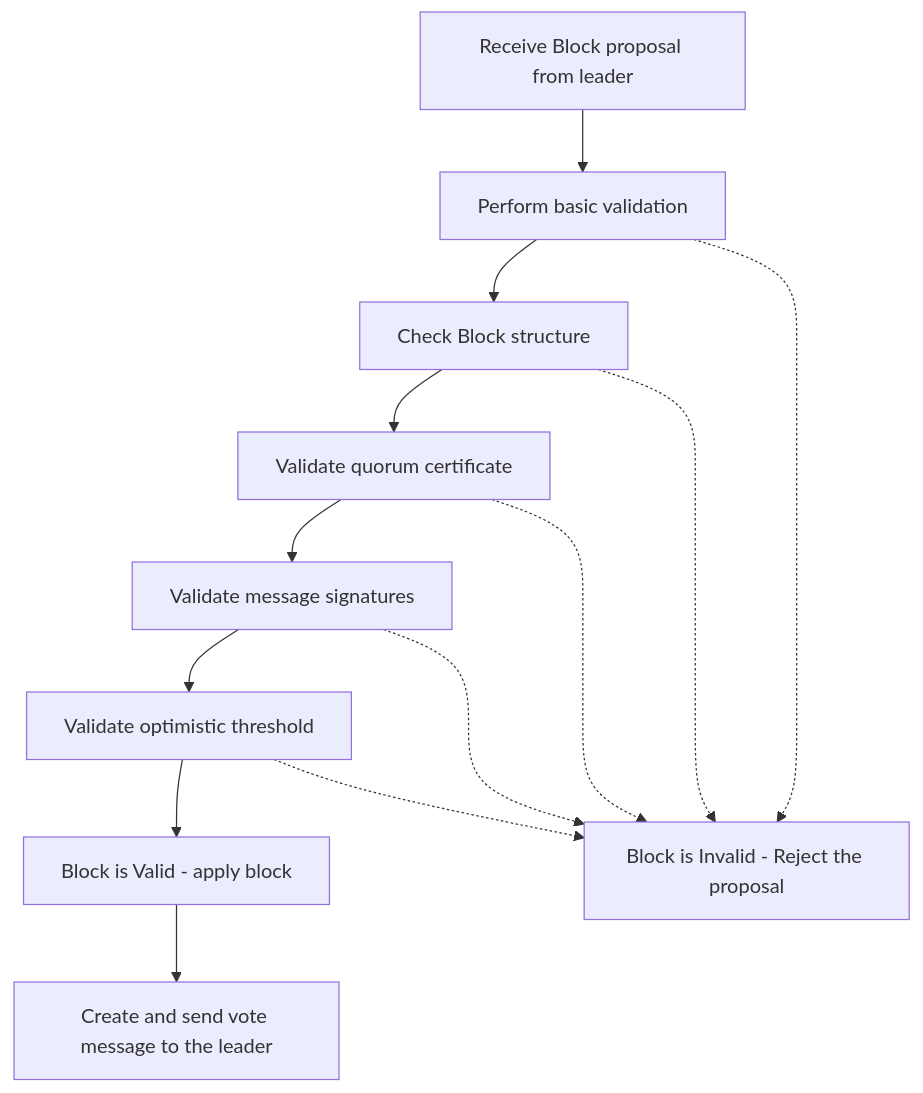
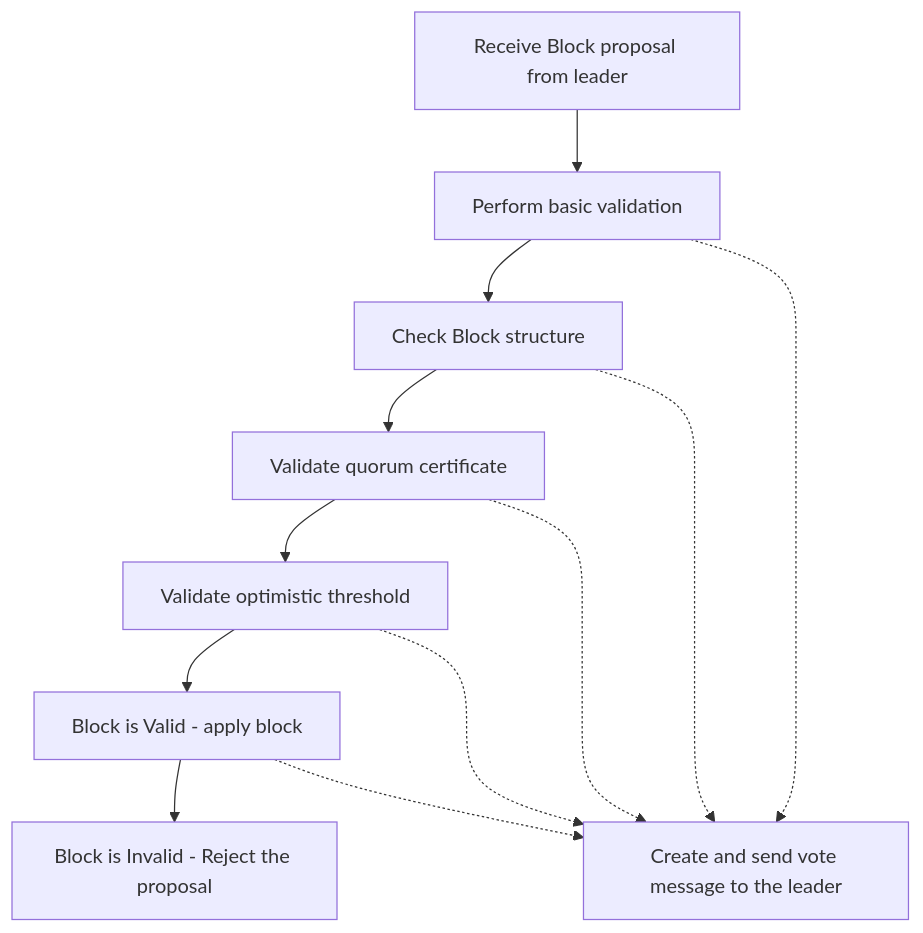
One commit to pokt-network/pocket changed the second of 4 diagrams in consensus/README.md. Above: the diagram before and after it, drawn with Mermaid. The commit also changed other lines of this file, not shown here.

Commit message:
updates to README

````diff
--- a/consensus/README.md
+++ b/consensus/README.md
@@ -66,24 +68,22 @@
 ```mermaid
 graph TD
     A[Receive Block proposal from leader]
     B[Perform basic validation]
     C[Check Block structure]
     D[Validate quorum certificate]
-    E[Validate message signatures]
-    F[Validate optimistic threshold]
-    G[Block is Valid - apply block]
-    H[Block is Invalid - Reject the proposal]
-    J[Create and send vote message to the leader]
+    E[Validate optimistic threshold]
+    F[Block is Valid - apply block]
+    G[Block is Invalid - Reject the proposal]
+    H[Create and send vote message to the leader]
     A-->B
     B-->C
     C-->D
     D-->E
     E-->F
     F-->G
-    G-->J
     B-.->H
     C-.->H
     D-.->H
     E-.->H
     F-.->H
 ```
````
